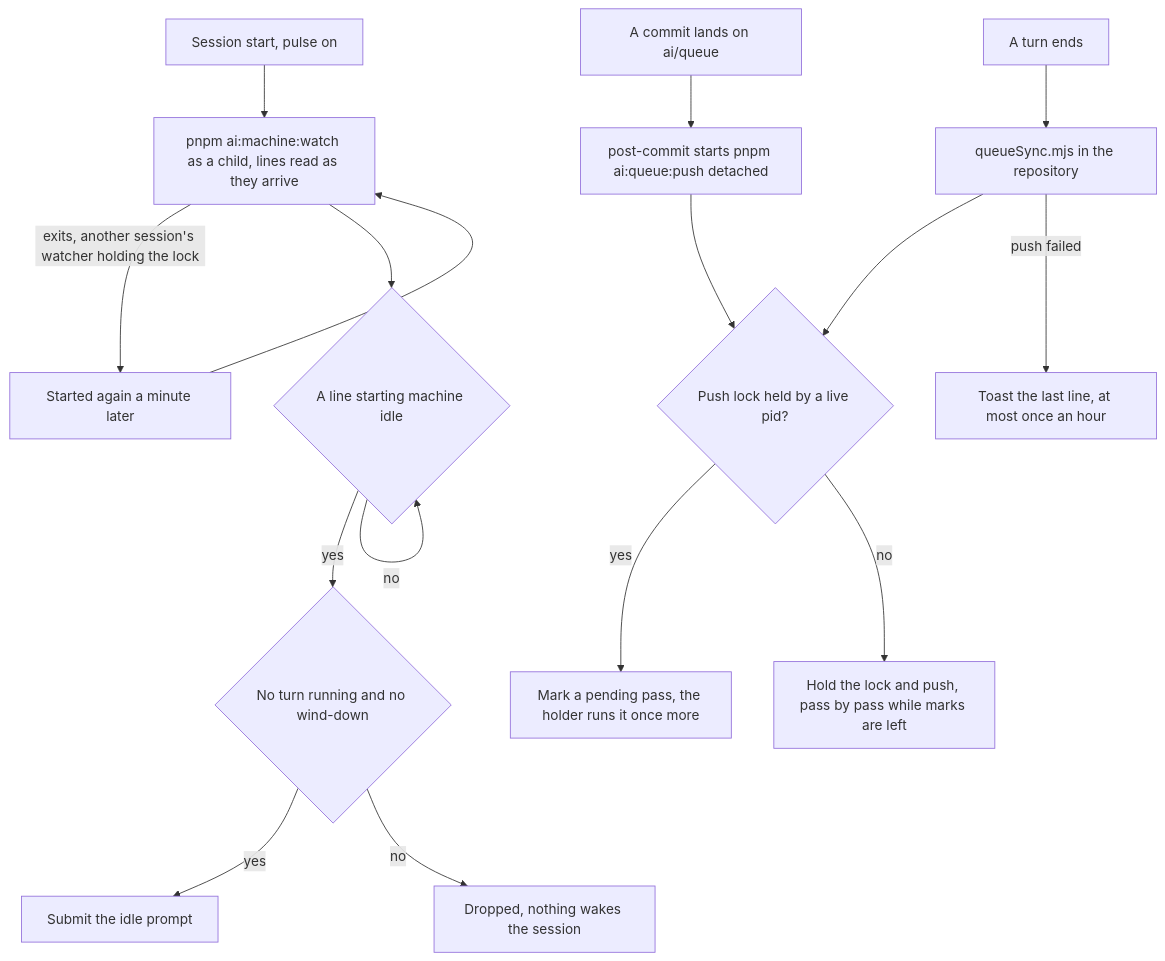
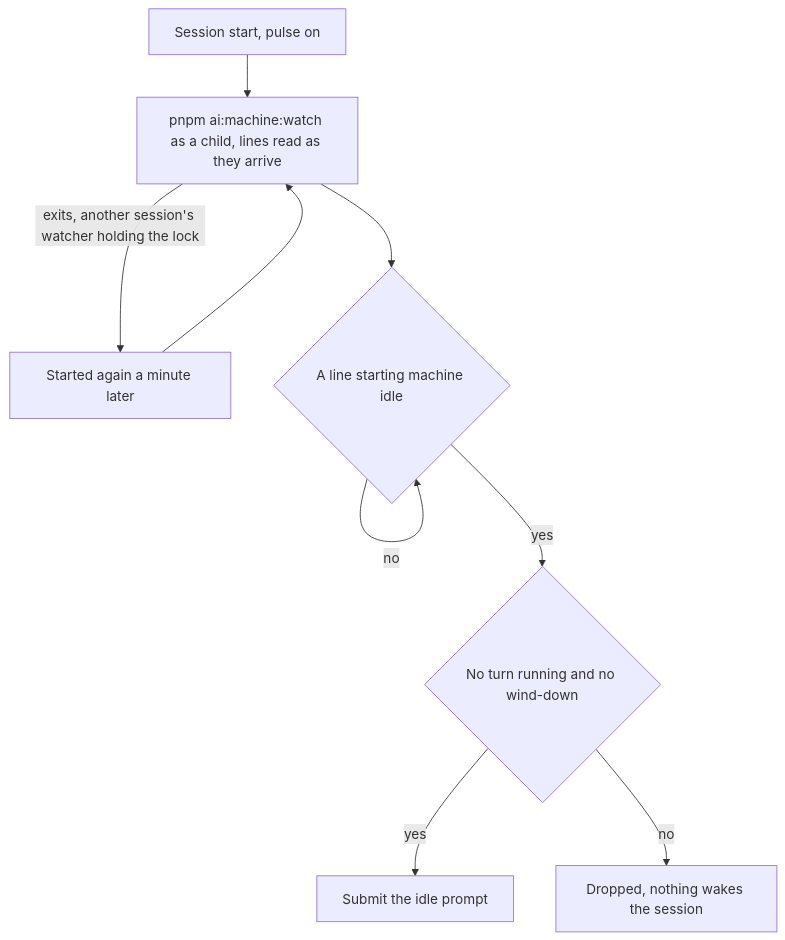
Before and after one commit to Esposter/Esposter: the diagram in apps/web/content/docs/infra/claude-interface/genshin-mods/pulse.md, drawn with Mermaid. The commit also changed other lines of this file and 21 other files, not shown here.

First line of the commit message:
docs(queue): the session lands its commits from its own worktree with git pull --rebase and git push

````diff
--- a/apps/web/content/docs/infra/claude-interface/genshin-mods/pulse.md
+++ b/apps/web/content/docs/infra/claude-interface/genshin-mods/pulse.md
@@ -30,18 +22,11 @@
 ```mermaid
 flowchart TD
   Start["Session start, pulse on"] --> Watch["pnpm ai:machine:watch as a child, lines read as they arrive"]
   Watch -->|"exits, another session's watcher holding the lock"| Retry["Started again a minute later"]
   Retry --> Watch
   Watch --> Line{"A line starting machine idle"}
   Line -->|no| Line
   Line -->|yes| Gate{"No turn running and no wind-down"}
   Gate -->|yes| Wake["Submit the idle prompt"]
   Gate -->|no| Drop["Dropped, nothing wakes the session"]
-  Turn["A turn ends"] --> Sync["queueSync.mjs in the repository"]
-  Commit["A commit lands on ai/queue"] --> Hook["post-commit starts pnpm ai:queue:push detached"]
-  Sync --> Lock{"Push lock held by a live pid?"}
-  Hook --> Lock
-  Lock -->|yes| Pending["Mark a pending pass, the holder runs it once more"]
-  Lock -->|no| Push["Hold the lock and push, pass by pass while marks are left"]
-  Sync -->|push failed| Toast["Toast the last line, at most once an hour"]
 ```
````
